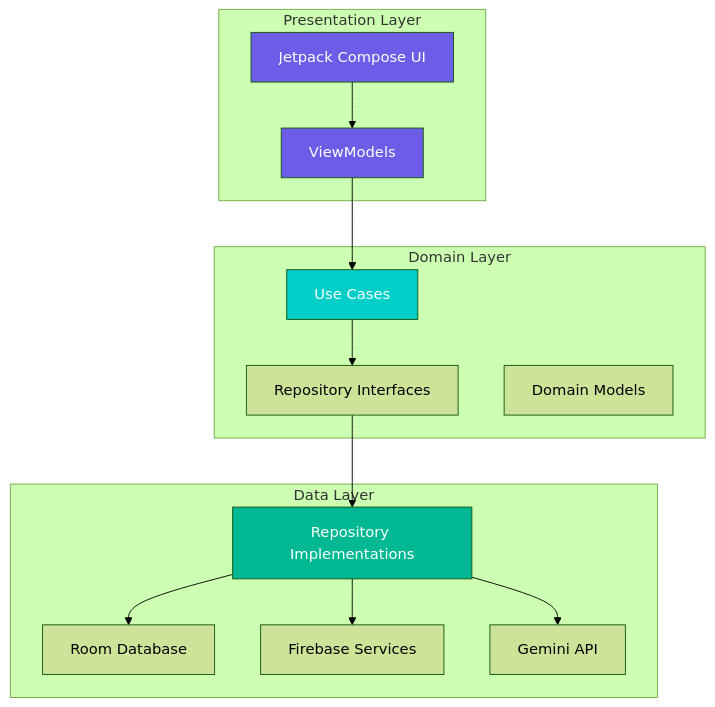
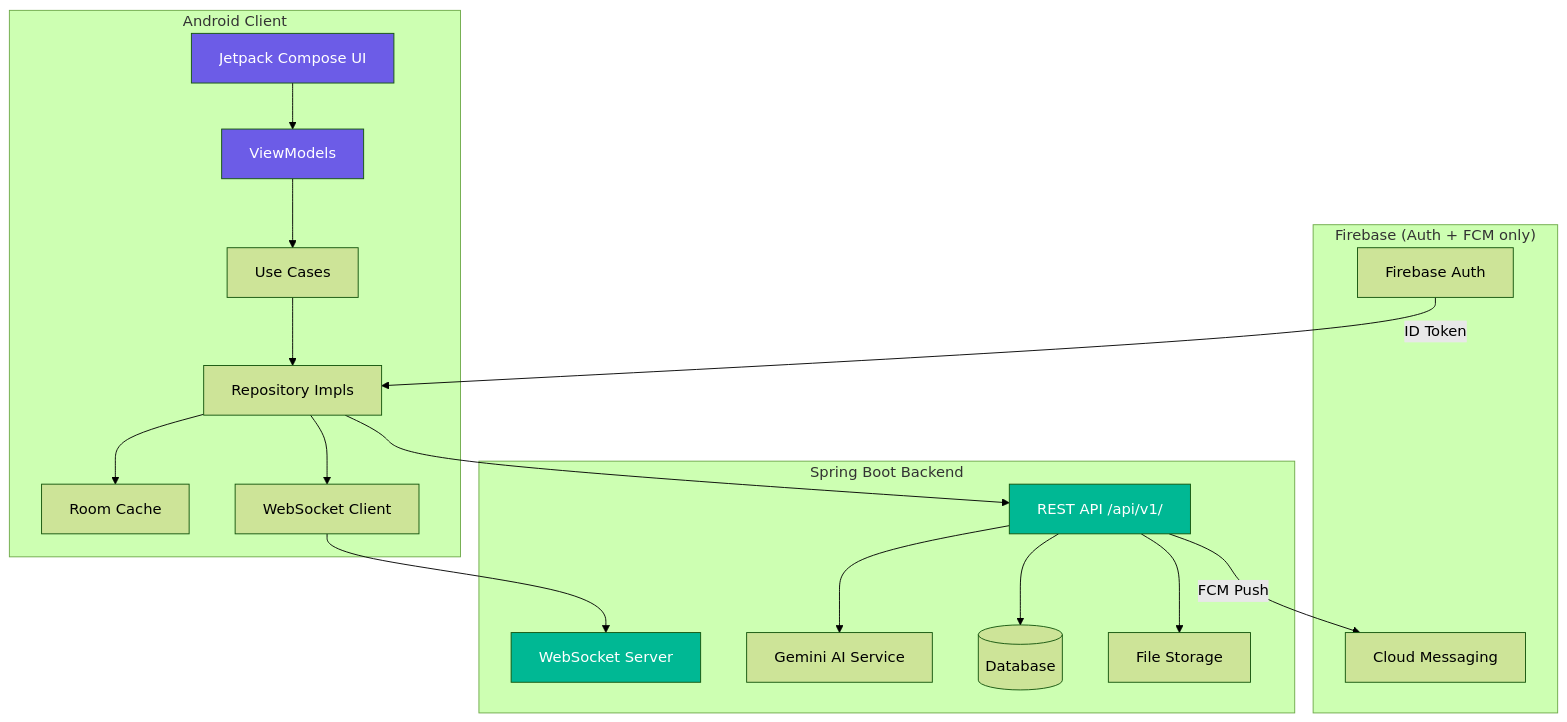
The diagram in docs/PRD.md (Android-Community-MUST/kotlin-hustlehub), drawn with Mermaid (forest theme) before and after one commit. The commit also changed other lines of this file and 7 other files, not shown here.

Commit message:
refactor: migrate data layer from Firebase/Supabase to Spring Boot REST API using Retrofit and WebSockets

````diff
--- a/docs/PRD.md
+++ b/docs/PRD.md
@@ -414,33 +267,40 @@
 ```mermaid
 graph TB
-    subgraph "Presentation Layer"
+    subgraph "Android Client"
         UI[Jetpack Compose UI]
         VM[ViewModels]
+        UC[Use Cases]
+        REPO[Repository Impls]
+        ROOM[Room Cache]
+        WS[WebSocket Client]
     end
-    
-    subgraph "Domain Layer"
-        UC[Use Cases]
-        RI[Repository Interfaces]
-        DM[Domain Models]
+
+    subgraph "Firebase (Auth + FCM only)"
+        FA[Firebase Auth]
+        FCM[Cloud Messaging]
     end
-    
-    subgraph "Data Layer"
-        REPO[Repository Implementations]
-        LOCAL[Room Database]
-        REMOTE[Firebase Services]
-        API[Gemini API]
+
+    subgraph "Spring Boot Backend"
+        REST[REST API /api/v1/]
+        WSRV[WebSocket Server]
+        AI[Gemini AI Service]
+        DB[(Database)]
+        FS[File Storage]
     end
-    
-    UI --> VM
-    VM --> UC
-    UC --> RI
-    RI --> REPO
-    REPO --> LOCAL
-    REPO --> REMOTE
-    REPO --> API
-    
+
+    UI --> VM --> UC --> REPO
+    REPO --> ROOM
+    REPO --> REST
+    REPO --> WS
+    WS --> WSRV
+    REST --> DB
+    REST --> FS
+    REST --> AI
+    FA -->|ID Token| REPO
+    REST -->|FCM Push| FCM
+
     style UI fill:#6C5CE7,color:#fff
     style VM fill:#6C5CE7,color:#fff
-    style UC fill:#00CEC9,color:#fff
-    style REPO fill:#00B894,color:#fff
+    style REST fill:#00B894,color:#fff
+    style WSRV fill:#00B894,color:#fff
 ```
````
